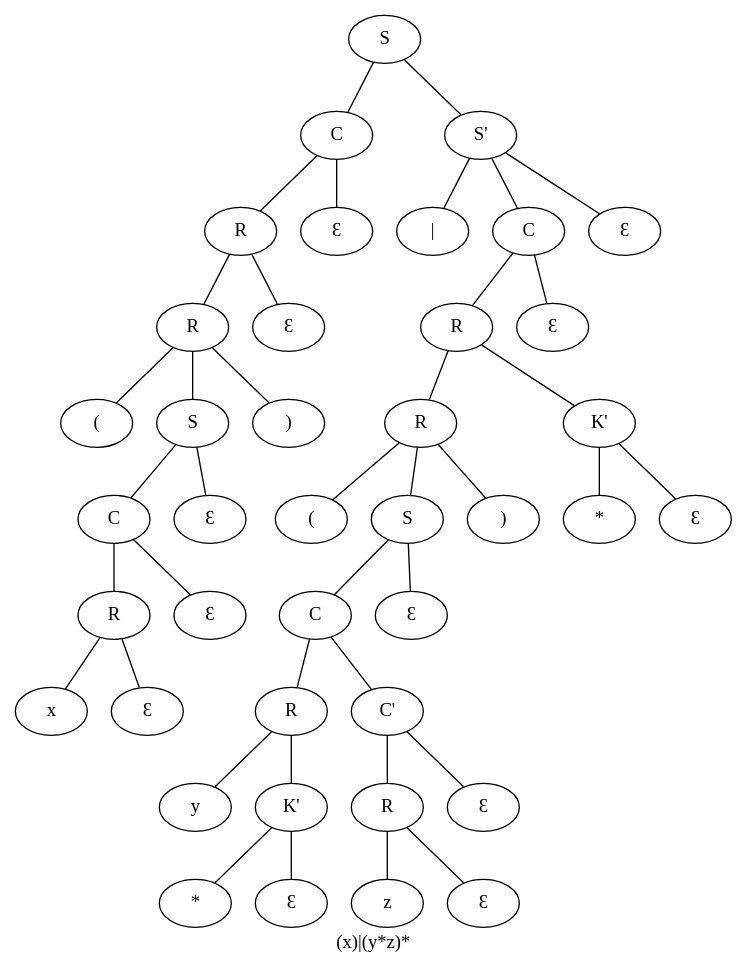
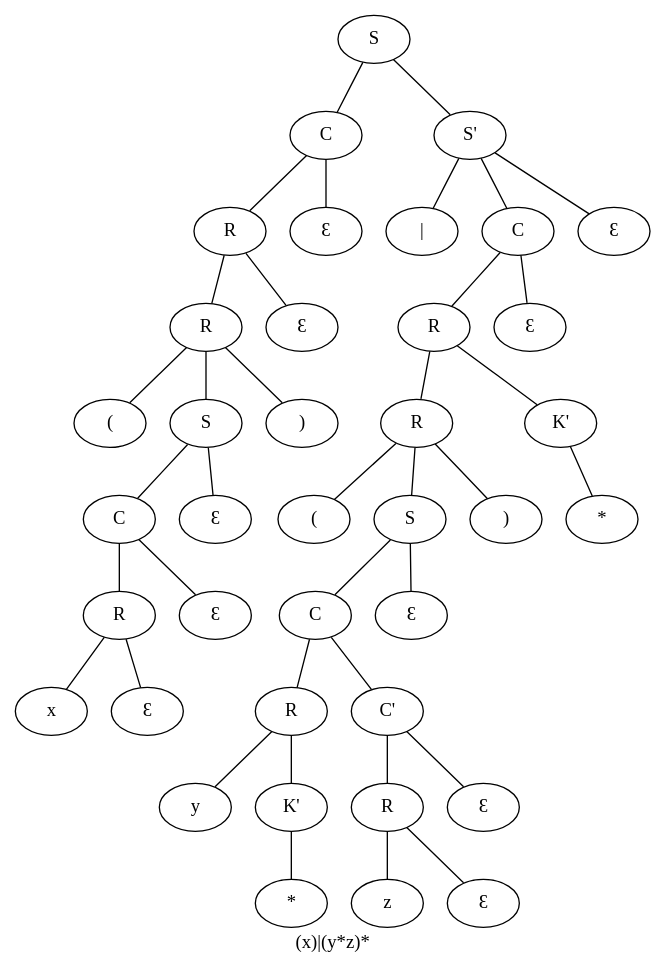
One commit to DRomanenko/itmo-mt changed the diagram in lab2/results/test_kleene_closure.dot. Above: the diagram before and after it, drawn with Graphviz. The commit also changed 12 other files, not shown here.

```diff
--- a/lab2/results/test_kleene_closure.dot
+++ b/lab2/results/test_kleene_closure.dot
@@ -1,104 +1,98 @@
 graph {
 label="(x)|(y*z)*"
-650023597
-650023597 [label="S"]
-650023597 -- 1282473384
-1282473384 [label="C"]
-1282473384 -- 575593575
-575593575 [label="R"]
-575593575 -- 346861221
-346861221 [label="R"]
-346861221 -- 1188392295
-1188392295 [label="("]
-346861221 [label="R"]
-346861221 -- 226710952
-226710952 [label="S"]
-226710952 -- 1509563803
-1509563803 [label="C"]
-1509563803 -- 684874119
-684874119 [label="R"]
-684874119 -- 1157740463
-1157740463 [label="x"]
-684874119 [label="R"]
-684874119 -- 1379435698
-1379435698 [label="Ɛ"]
-1509563803 [label="C"]
-1509563803 -- 1529306539
-1529306539 [label="Ɛ"]
-226710952 [label="S"]
-226710952 -- 1635985705
-1635985705 [label="Ɛ"]
-346861221 [label="R"]
-346861221 -- 695682681
-695682681 [label=")"]
-575593575 [label="R"]
-575593575 -- 1073502961
-1073502961 [label="Ɛ"]
-1282473384 [label="C"]
-1282473384 -- 1582797472
-1582797472 [label="Ɛ"]
-650023597 [label="S"]
-650023597 -- 644166178
-644166178 [label="S'"]
-644166178 -- 892529689
-892529689 [label="|"]
-644166178 [label="S'"]
-644166178 -- 1757676444
+892529689
+892529689 [label="S"]
+892529689 -- 1757676444
 1757676444 [label="C"]
 1757676444 -- 182738614
 182738614 [label="R"]
 182738614 -- 94345706
 94345706 [label="R"]
 94345706 -- 670035812
 670035812 [label="("]
 94345706 [label="R"]
 94345706 -- 1870647526
 1870647526 [label="S"]
 1870647526 -- 1204167249
 1204167249 [label="C"]
 1204167249 -- 1047503754
 1047503754 [label="R"]
 1047503754 -- 1722023916
-1722023916 [label="y"]
+1722023916 [label="x"]
 1047503754 [label="R"]
 1047503754 -- 2009787198
-2009787198 [label="K'"]
-2009787198 -- 32017212
-32017212 [label="*"]
-2009787198 [label="K'"]
-2009787198 -- 1121454968
+2009787198 [label="Ɛ"]
+1204167249 [label="C"]
+1204167249 -- 32017212
+32017212 [label="Ɛ"]
+1870647526 [label="S"]
+1870647526 -- 1121454968
 1121454968 [label="Ɛ"]
-1204167249 [label="C"]
-1204167249 -- 1006485584
-1006485584 [label="C'"]
-1006485584 -- 466505482
-466505482 [label="R"]
-466505482 -- 1580893732
-1580893732 [label="z"]
-466505482 [label="R"]
-466505482 -- 1547425104
-1547425104 [label="Ɛ"]
-1006485584 [label="C'"]
-1006485584 -- 152134087
-152134087 [label="Ɛ"]
-1870647526 [label="S"]
-1870647526 -- 1615780336
-1615780336 [label="Ɛ"]
 94345706 [label="R"]
-94345706 -- 1783593083
-1783593083 [label=")"]
+94345706 -- 1006485584
+1006485584 [label=")"]
 182738614 [label="R"]
-182738614 -- 1750905143
-1750905143 [label="K'"]
+182738614 -- 466505482
+466505482 [label="Ɛ"]
+1757676444 [label="C"]
+1757676444 -- 1580893732
+1580893732 [label="Ɛ"]
+892529689 [label="S"]
+892529689 -- 1547425104
+1547425104 [label="S'"]
+1547425104 -- 152134087
+152134087 [label="|"]
+1547425104 [label="S'"]
+1547425104 -- 1615780336
+1615780336 [label="C"]
+1615780336 -- 1783593083
+1783593083 [label="R"]
+1783593083 -- 1750905143
+1750905143 [label="R"]
 1750905143 -- 1782704802
-1782704802 [label="*"]
-1750905143 [label="K'"]
+1782704802 [label="("]
+1750905143 [label="R"]
 1750905143 -- 2094411587
-2094411587 [label="Ɛ"]
-1757676444 [label="C"]
-1757676444 -- 1833638914
-1833638914 [label="Ɛ"]
-644166178 [label="S'"]
-644166178 -- 1620303253
-1620303253 [label="Ɛ"]
+2094411587 [label="S"]
+2094411587 -- 1833638914
+1833638914 [label="C"]
+1833638914 -- 1620303253
+1620303253 [label="R"]
+1620303253 -- 90320863
+90320863 [label="y"]
+1620303253 [label="R"]
+1620303253 -- 1216590855
+1216590855 [label="K'"]
+1216590855 -- 2107447833
+2107447833 [label="*"]
+1833638914 [label="C"]
+1833638914 -- 60559178
+60559178 [label="C'"]
+60559178 -- 395629617
+395629617 [label="R"]
+395629617 -- 1122134344
+1122134344 [label="z"]
+395629617 [label="R"]
+395629617 -- 1471868639
+1471868639 [label="Ɛ"]
+60559178 [label="C'"]
+60559178 -- 876563773
+876563773 [label="Ɛ"]
+2094411587 [label="S"]
+2094411587 -- 87765719
+87765719 [label="Ɛ"]
+1750905143 [label="R"]
+1750905143 -- 1413653265
+1413653265 [label=")"]
+1783593083 [label="R"]
+1783593083 -- 1418621776
+1418621776 [label="K'"]
+1418621776 -- 446073433
+446073433 [label="*"]
+1615780336 [label="C"]
+1615780336 -- 1181199958
+1181199958 [label="Ɛ"]
+1547425104 [label="S'"]
+1547425104 -- 125622176
+125622176 [label="Ɛ"]
 }
```
